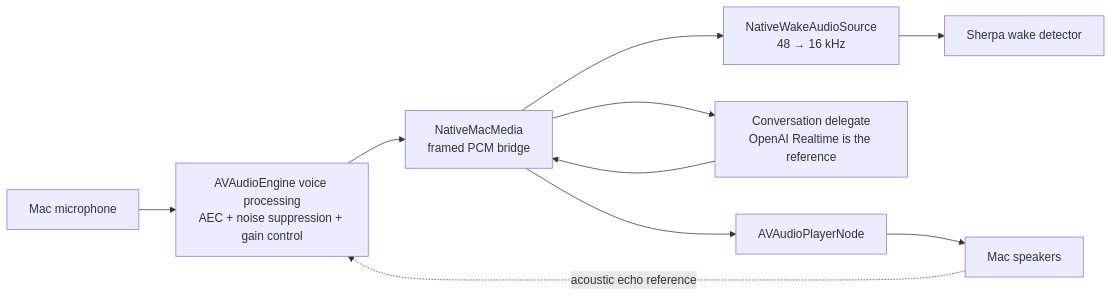
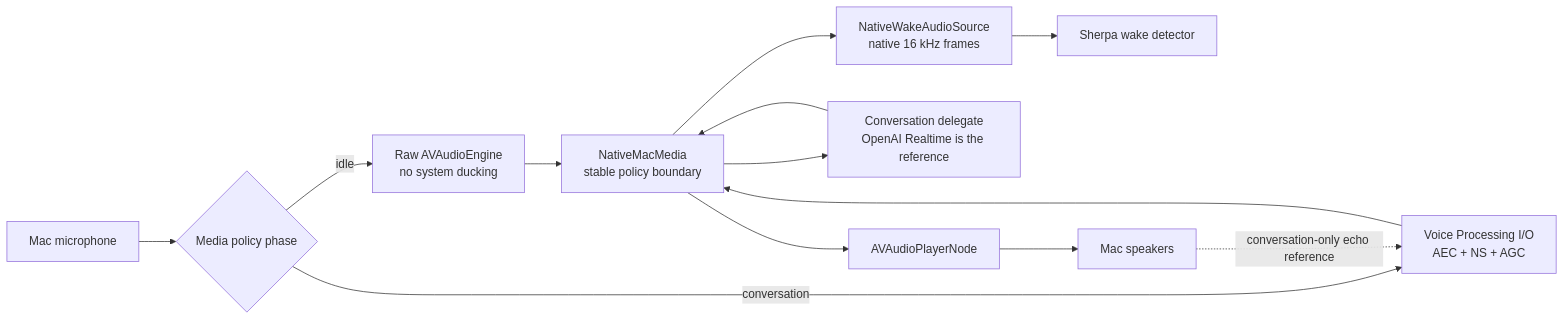
One commit to kamikaz1k/wake-on changed the first of 2 diagrams in docs/native-media-protocol.md. Above: the diagram before and after it, drawn with Mermaid. The commit also changed other lines of this file and 22 other files, not shown here.

Commit message:
Add on-demand native AEC media policy

````diff
--- a/docs/native-media-protocol.md
+++ b/docs/native-media-protocol.md
@@ -8,12 +8,15 @@
 ```mermaid
 flowchart LR
-    Mic["Mac microphone"] --> VP["AVAudioEngine voice processing<br/>AEC + noise suppression + gain control"]
-    VP --> Bridge["NativeMacMedia<br/>framed PCM bridge"]
-    Bridge --> WakeSource["NativeWakeAudioSource<br/>48 → 16 kHz"]
+    Mic["Mac microphone"] --> Mode{"Media policy phase"}
+    Mode -->|"idle"| Raw["Raw AVAudioEngine<br/>no system ducking"]
+    Mode -->|"conversation"| VP["Voice Processing I/O<br/>AEC + NS + AGC"]
+    Raw --> Bridge["NativeMacMedia<br/>stable policy boundary"]
+    VP --> Bridge
+    Bridge --> WakeSource["NativeWakeAudioSource<br/>native 16 kHz frames"]
     WakeSource --> Sherpa["Sherpa wake detector"]
     Bridge --> Delegate["Conversation delegate<br/>OpenAI Realtime is the reference"]
     Delegate --> Bridge
     Bridge --> Player["AVAudioPlayerNode"]
     Player --> Speaker["Mac speakers"]
-    Speaker -. "acoustic echo reference" .-> VP
+    Speaker -. "conversation-only echo reference" .-> VP
 ```
````
